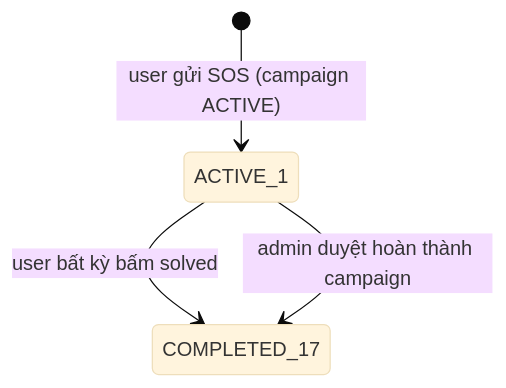
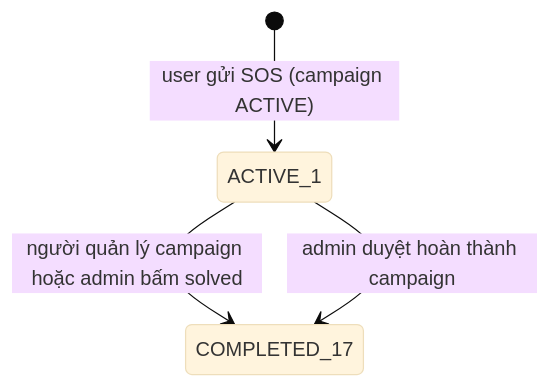
The fifth of 13 diagrams in 04-state-machines.md (DOAN2-UQT-KN/ecolink-docs), drawn with Mermaid (base theme) before and after one commit. The commit also changed other lines of this file and 9 other files, not shown here.

First line of the commit message:
docs: update campaign permissions and roles; clarify user actions for campaign management

````diff
--- a/04-state-machines.md
+++ b/04-state-machines.md
@@ -119,6 +119,6 @@
 ```mermaid
 stateDiagram-v2
   [*] --> ACTIVE_1: user gửi SOS (campaign ACTIVE)
-  ACTIVE_1 --> COMPLETED_17: user bất kỳ bấm solved
+  ACTIVE_1 --> COMPLETED_17: người quản lý campaign hoặc admin bấm solved
   ACTIVE_1 --> COMPLETED_17: admin duyệt hoàn thành campaign
 ```
````
